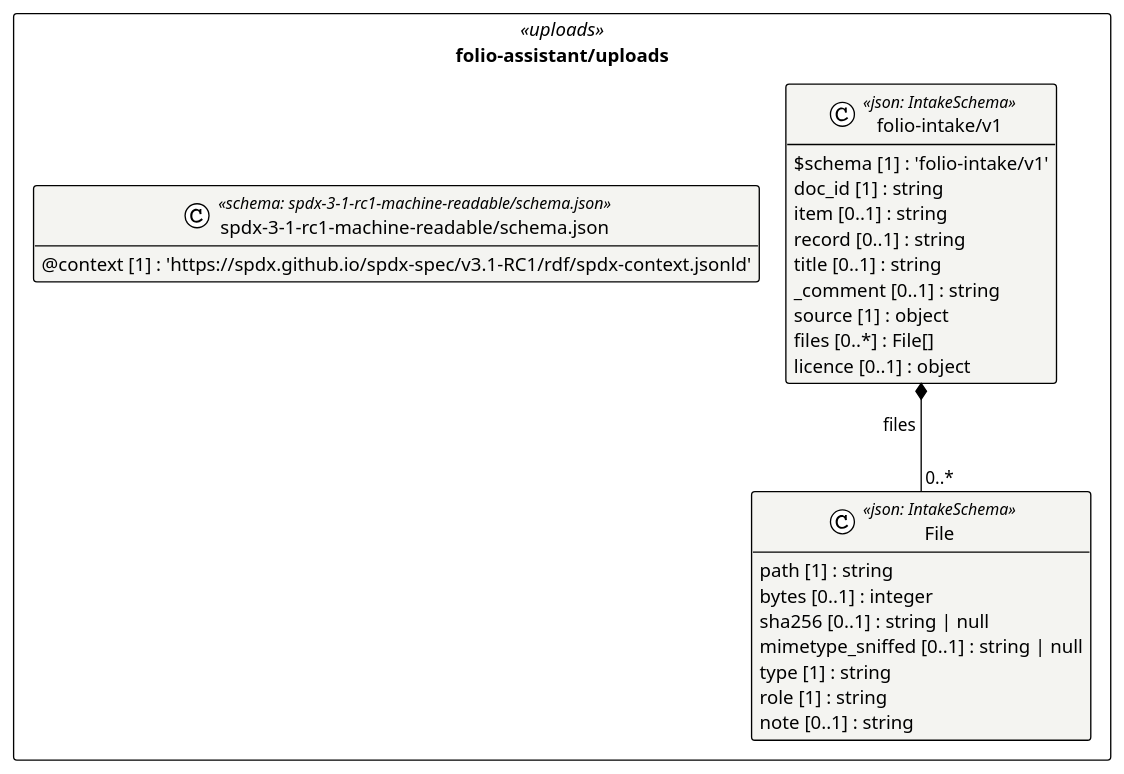
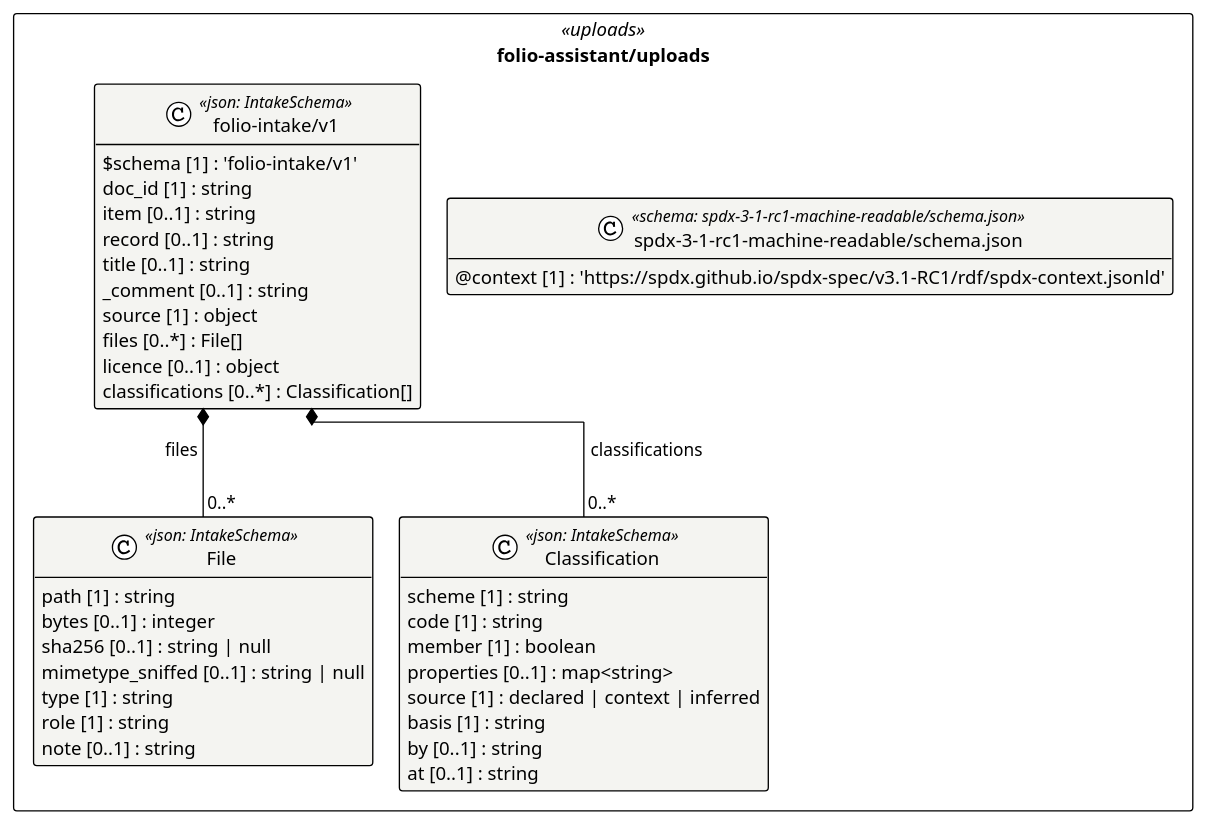
The diagram in cat-harness/uml/overview/folio-assistant/uploads.puml (litlfred/folio-assistant), drawn with PlantUML before and after one commit. The commit also changed 62 other files, not shown here.

First line of the commit message:
Regenerate derived artefacts for the intake classifications and skill edits (skill:register)

```diff
--- a/cat-harness/uml/overview/folio-assistant/uploads.puml
+++ b/cat-harness/uml/overview/folio-assistant/uploads.puml
@@ -3,36 +3,48 @@
 @startuml folio_assistant_uploads
 !pragma layout elk
 !theme plain
 skinparam classAttributeIconSize 0
 skinparam shadowing false
 skinparam packageStyle rectangle
 hide empty methods
 
 package "folio-assistant/uploads" as pkg_folio_assistant_uploads <<uploads>> {
   class "File" as folio_assistant_uploads_folio_intake_v1_File <<json: IntakeSchema>> #f4f4f1 {
     path [1] : string
     bytes [0..1] : integer
     sha256 [0..1] : string | null
     mimetype_sniffed [0..1] : string | null
     type [1] : string
     role [1] : string
     note [0..1] : string
   }
+  class "Classification" as folio_assistant_uploads_folio_intake_v1_Classification <<json: IntakeSchema>> #f4f4f1 {
+    scheme [1] : string
+    code [1] : string
+    member [1] : boolean
+    properties [0..1] : map<string>
+    source [1] : declared | context | inferred
+    basis [1] : string
+    by [0..1] : string
+    at [0..1] : string
+  }
   class "folio-intake/v1" as folio_assistant_uploads_folio_intake_v1_folio_intake_v1 <<json: IntakeSchema>> #f4f4f1 {
     $schema [1] : 'folio-intake/v1'
     doc_id [1] : string
     item [0..1] : string
     record [0..1] : string
     title [0..1] : string
     _comment [0..1] : string
     source [1] : object
     files [0..*] : File[]
     licence [0..1] : object
+    classifications [0..*] : Classification[]
   }
   class "spdx-3-1-rc1-machine-readable/schema.json" as folio_assistant_uploads_spdx_3_1_rc1_machine_readable_schema_json_spdx_3_1_rc1_machine_readable_schema_json <<schema: spdx-3-1-rc1-machine-readable/schema.json>> #f4f4f1 {
     @context [1] : 'https://spdx.github.io/spdx-spec/v3.1-RC1/rdf/spdx-context.jsonld'
   }
 }
 
 folio_assistant_uploads_folio_intake_v1_folio_intake_v1 *-- "0..*" folio_assistant_uploads_folio_intake_v1_File : files
+folio_assistant_uploads_folio_intake_v1_folio_intake_v1 *-- "0..*" folio_assistant_uploads_folio_intake_v1_Classification : classifications
 @enduml
```
